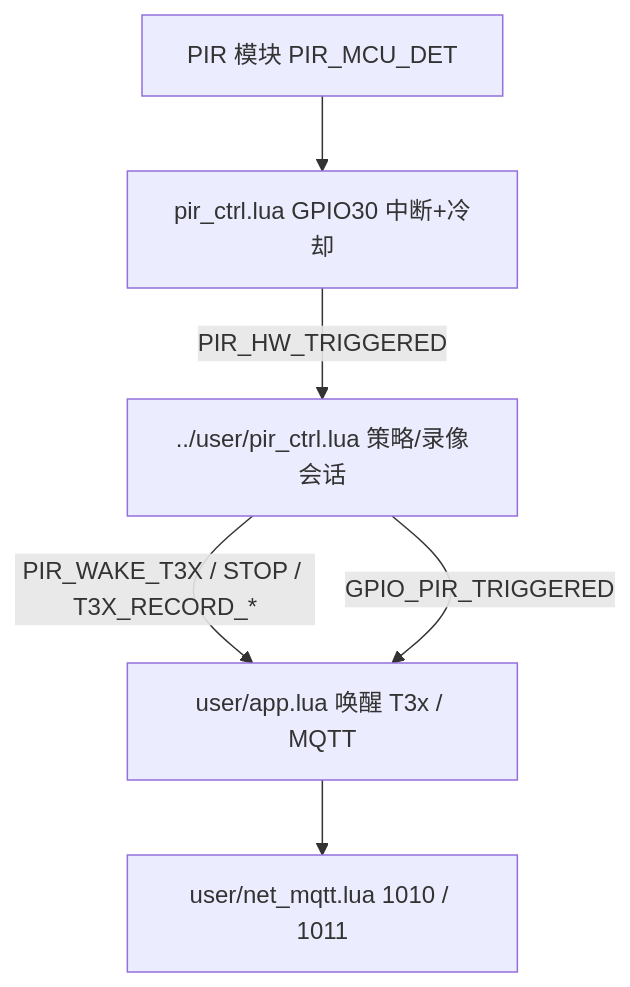
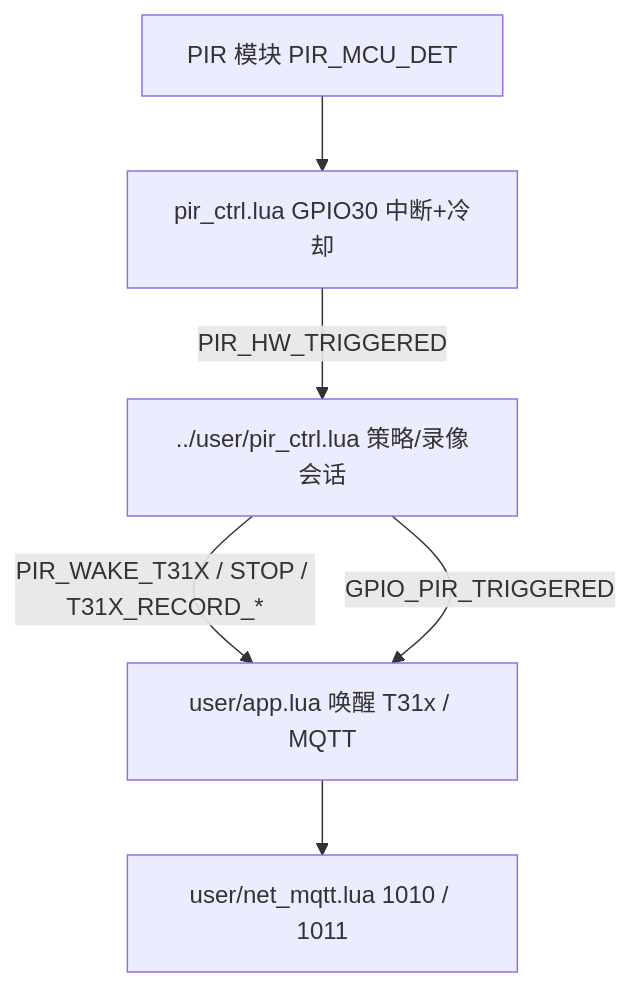
Before and after one commit to dzr1986/AIR780EHM: the second of 4 diagrams in doc/PIR_HARDWARE.md, drawn with Mermaid. The commit also changed other lines of this file and 402 other files, not shown here.

````diff
--- a/doc/PIR_HARDWARE.md
+++ b/doc/PIR_HARDWARE.md
@@ -76,13 +76,13 @@
 ```mermaid
 flowchart TB
     HW[PIR 模块 PIR_MCU_DET]
     PIR[pir_ctrl.lua GPIO30 中断+冷却]
     CTRL[../user/pir_ctrl.lua 策略/录像会话]
-    APP[user/app.lua 唤醒 T3x / MQTT]
+    APP[user/app.lua 唤醒 T31x / MQTT]
     NET[user/net_mqtt.lua 1010 / 1011]
     HW --> PIR
     PIR -->|PIR_HW_TRIGGERED| CTRL
-    CTRL -->|PIR_WAKE_T3X / STOP / T3X_RECORD_*| APP
+    CTRL -->|PIR_WAKE_T31X / STOP / T31X_RECORD_*| APP
     APP --> NET
     CTRL -->|GPIO_PIR_TRIGGERED| APP
 ```
````
